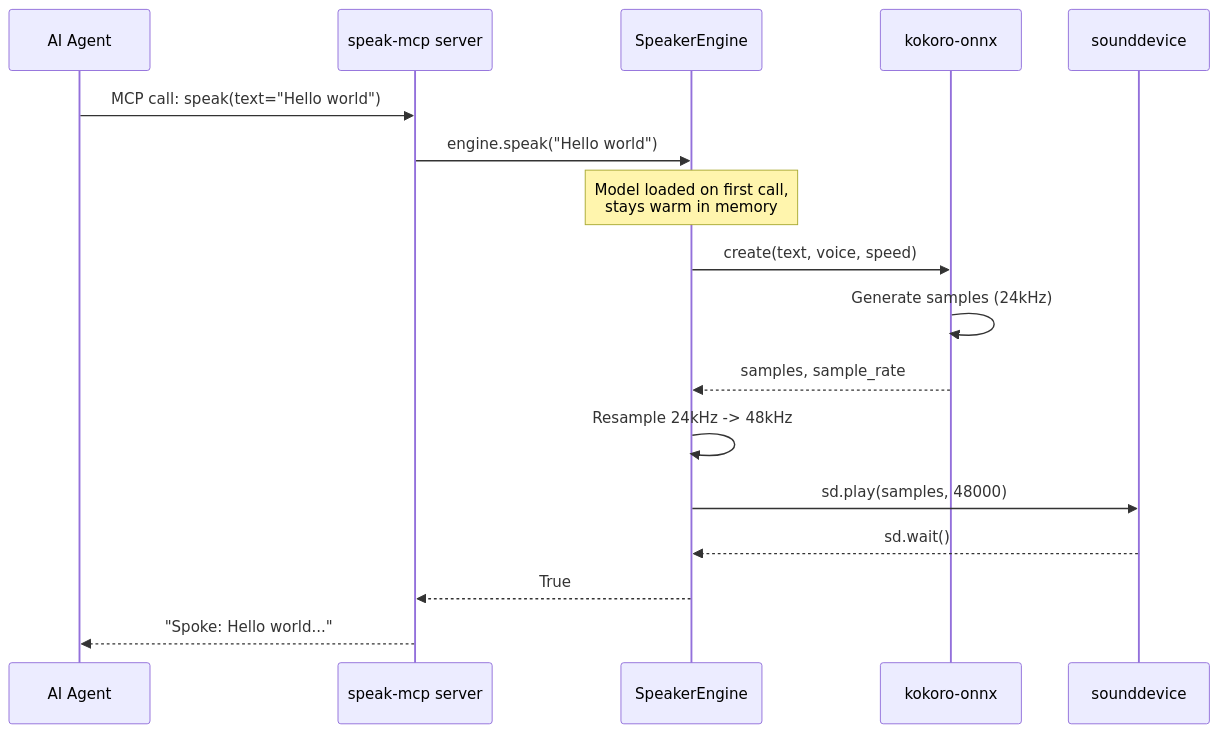
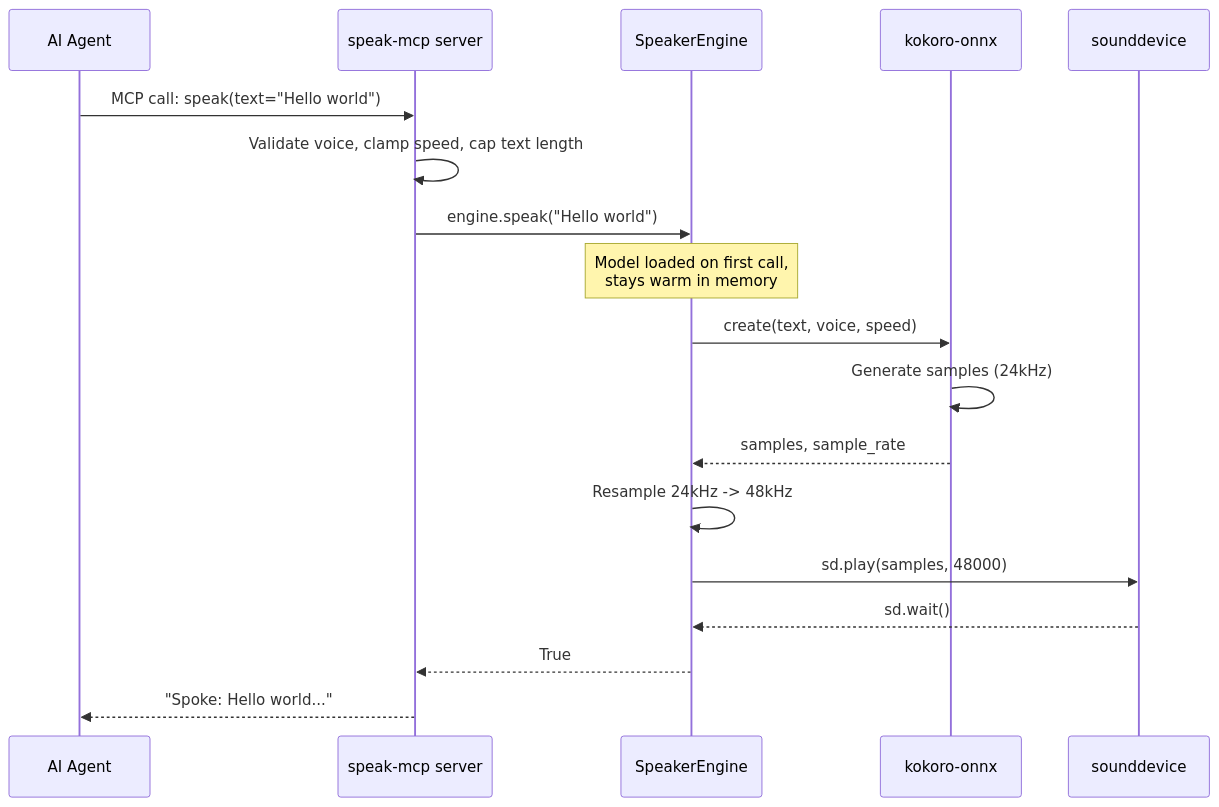
Before and after one commit to NetDevAutomate/Agent-Speaker: the second of 2 diagrams in docs/codemap.md, drawn with Mermaid. The commit also changed other lines of this file and 11 other files, not shown here.

First line of the commit message:
refactor: remove CLI, MCP-only architecture

````diff
--- a/docs/codemap.md
+++ b/docs/codemap.md
@@ -54,20 +45,21 @@
 ```mermaid
 sequenceDiagram
     participant Agent as AI Agent
     participant MCP as speak-mcp server
     participant Engine as SpeakerEngine
     participant Kokoro as kokoro-onnx
     participant Audio as sounddevice
 
     Agent->>MCP: MCP call: speak(text="Hello world")
+    MCP->>MCP: Validate voice, clamp speed, cap text length
     MCP->>Engine: engine.speak("Hello world")
     Note over Engine: Model loaded on first call,<br/>stays warm in memory
     Engine->>Kokoro: create(text, voice, speed)
     Kokoro->>Kokoro: Generate samples (24kHz)
     Kokoro-->>Engine: samples, sample_rate
     Engine->>Engine: Resample 24kHz -> 48kHz
     Engine->>Audio: sd.play(samples, 48000)
     Audio-->>Engine: sd.wait()
     Engine-->>MCP: True
     MCP-->>Agent: "Spoke: Hello world..."
 ```
````
